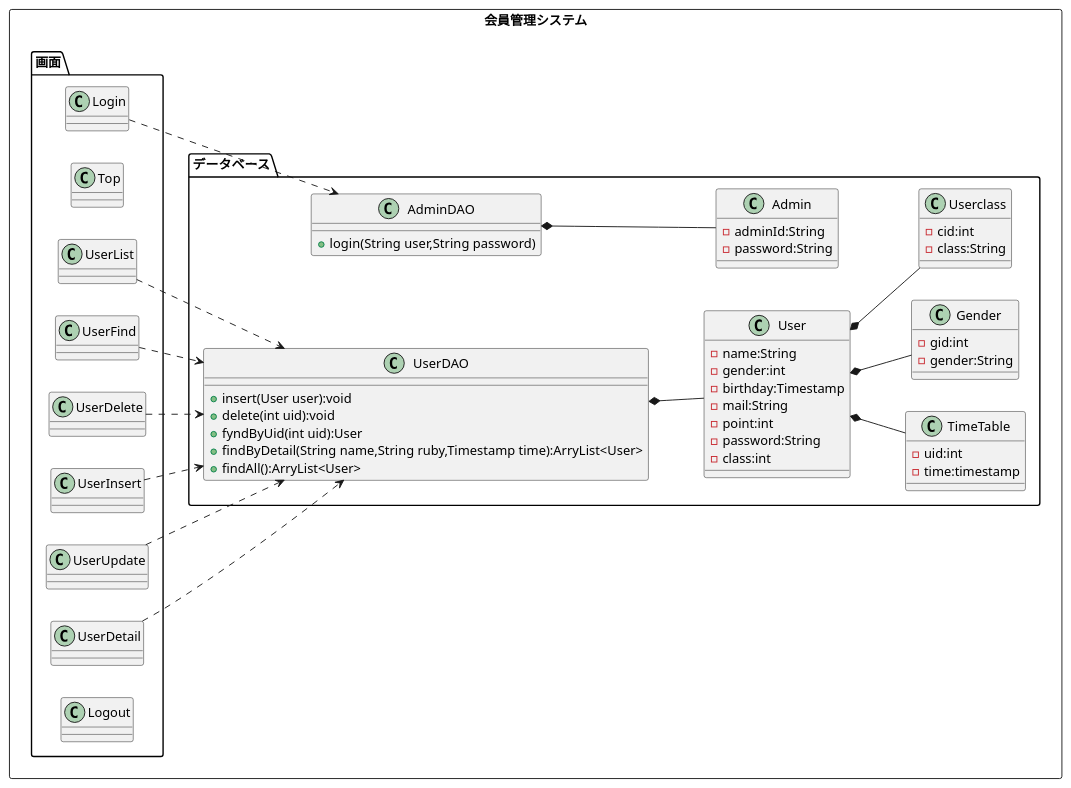
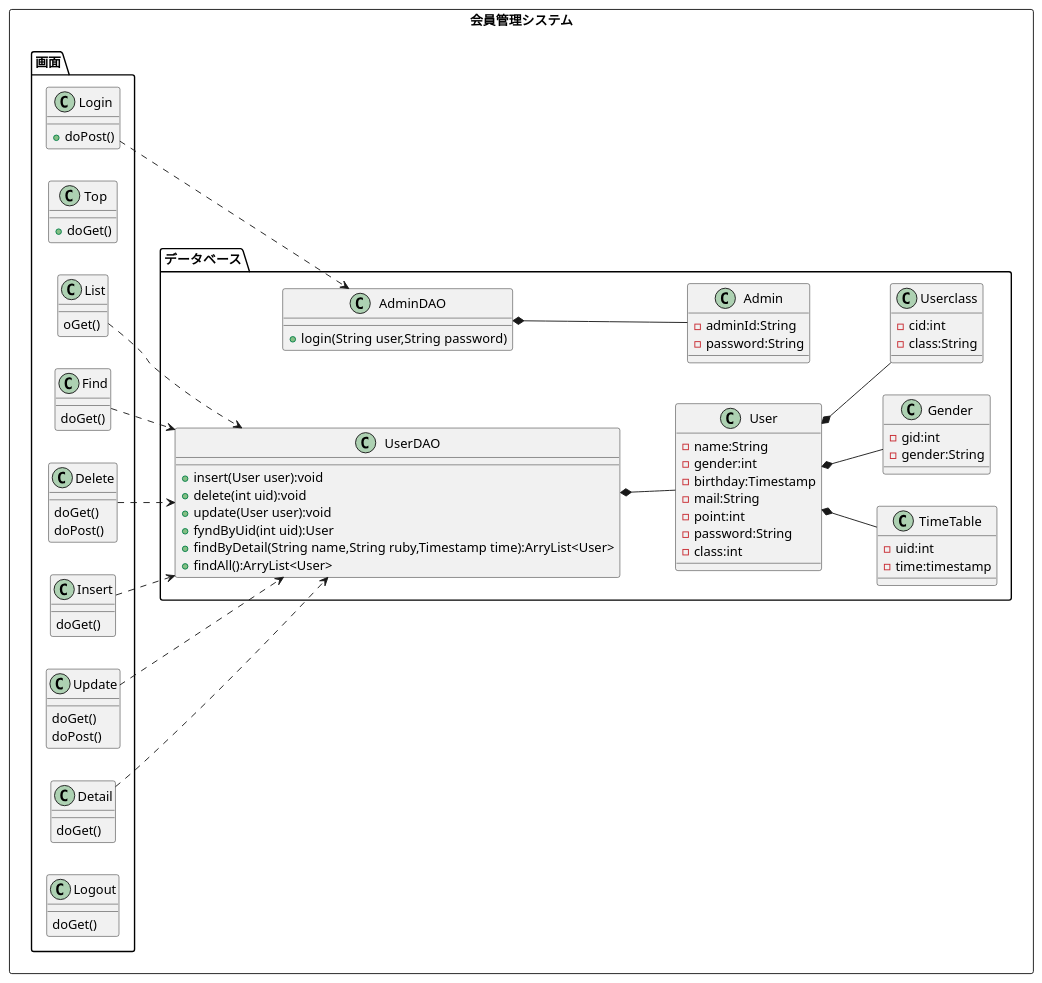
One commit to toufu66/ProjectC changed the diagram in uml_detail/class.pu. Above: the diagram before and after it, drawn with PlantUML.

Commit message:
クラス図 詳細設計

```diff
--- a/uml_detail/class.pu
+++ b/uml_detail/class.pu
@@ -1,96 +1,99 @@
 @startuml
 left to right direction
 rectangle 会員管理システム{
 package 画面{
 	class Login{
-
+		+doPost()
 	}
 	class Top{
-
+		+doGet()
 	}
-	class UserList{
-
+	class List{
+		oGet()
 	}
-	class UserFind{
-
+	class Find{
+		doGet()
 	}
-	class UserDelete{
-
+	class Delete{
+		doGet()
+		doPost()
 	}
-	class UserInsert{
-
+	class Insert{
+		doGet()
 	}
-	class UserUpdate{
-
+	class Update{
+		doGet()
+		doPost()
 	}
-	class UserDetail{
-
+	class Detail{
+		doGet()
 	}
 	class Logout{
-
+		doGet()
 	}
 
 
 }
 
 package データベース{
 	class UserDAO{
 		+insert(User user):void
 		+delete(int uid):void
+		+update(User user):void
 		+fyndByUid(int uid):User
 		+findByDetail(String name,String ruby,Timestamp time):ArryList<User>
 		+findAll():ArryList<User>
 	}
 	class User{
 		-name:String
 		-gender:int
 		-birthday:Timestamp
 		-mail:String
 		-point:int
 		-password:String
 		-class:int
 	}
 	class Admin{
 		-adminId:String
 		-password:String
 	}
 	class AdminDAO{
 
 		+login(String user,String password)
 
 	}
 	class TimeTable{
 		-uid:int
 		-time:timestamp
 
 	}
 	class Gender{
 		-gid:int
 		-gender:String
 
 	}
 	class Userclass{
 		-cid:int
 		-class:String
 
 	}
 
 }
 
 
 Login ..> AdminDAO
 
-UserList ..> UserDAO
-UserInsert ..> UserDAO
-UserUpdate ..> UserDAO
-UserDelete ..> UserDAO
-UserFind ..> UserDAO
-UserDetail ..>UserDAO
+List ..> UserDAO
+Insert ..> UserDAO
+Update ..> UserDAO
+Delete ..> UserDAO
+Find ..> UserDAO
+Detail ..>UserDAO
 UserDAO *--  User
 AdminDAO *--  Admin
 User *-- TimeTable
 User *-- Userclass
 User *-- Gender
 
 }
 @enduml
```
